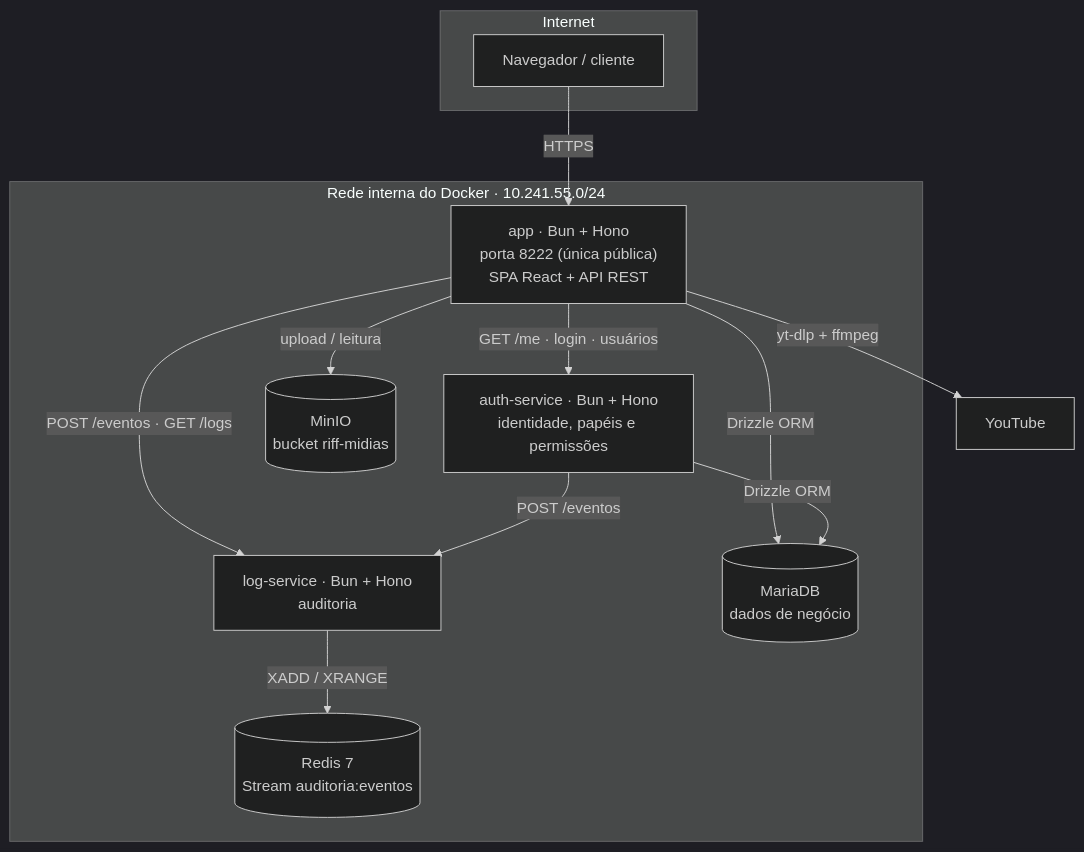
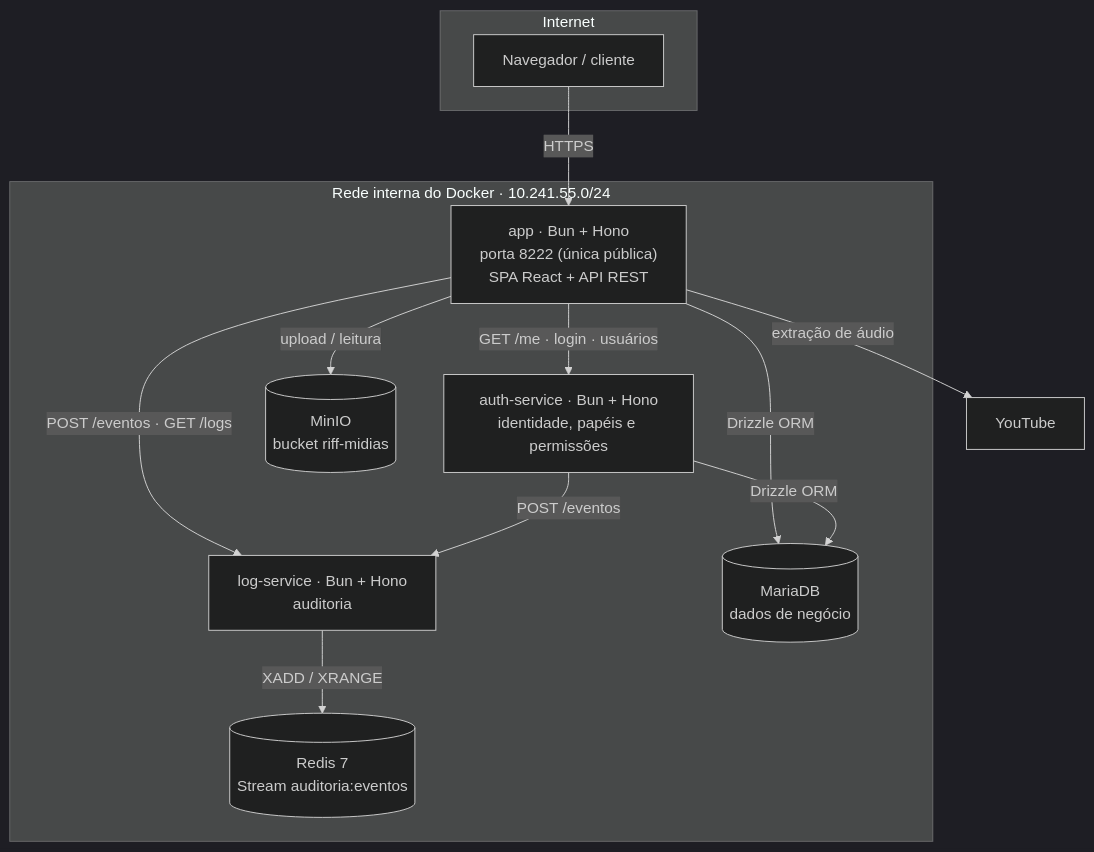
The first of 2 diagrams in README.md (mateussantospereira/music-sass), drawn with Mermaid (dark theme) before and after one commit. The commit also changed other lines of this file and 16 other files, not shown here.

````diff
--- a/README.md
+++ b/README.md
@@ -68,25 +68,25 @@
 ```mermaid
 flowchart TB
     subgraph Internet
         U[Navegador / cliente]
     end
 
     subgraph Docker["Rede interna do Docker · 10.241.55.0/24"]
         APP["app · Bun + Hono<br/>porta 8222 (única pública)<br/>SPA React + API REST"]
         AUTH["auth-service · Bun + Hono<br/>identidade, papéis e permissões"]
         LOG["log-service · Bun + Hono<br/>auditoria"]
         REDIS[("Redis 7<br/>Stream auditoria:eventos")]
         MINIO[("MinIO<br/>bucket riff-midias")]
         DB[("MariaDB<br/>dados de negócio")]
     end
 
     U -->|HTTPS| APP
     APP -->|GET /me · login · usuários| AUTH
     APP -->|POST /eventos · GET /logs| LOG
     AUTH -->|POST /eventos| LOG
     LOG -->|XADD / XRANGE| REDIS
     APP -->|upload / leitura| MINIO
-    APP -->|yt-dlp + ffmpeg| YT[YouTube]
+    APP -->|extração de áudio| YT[YouTube]
     APP -->|Drizzle ORM| DB
     AUTH -->|Drizzle ORM| DB
 ```
````
